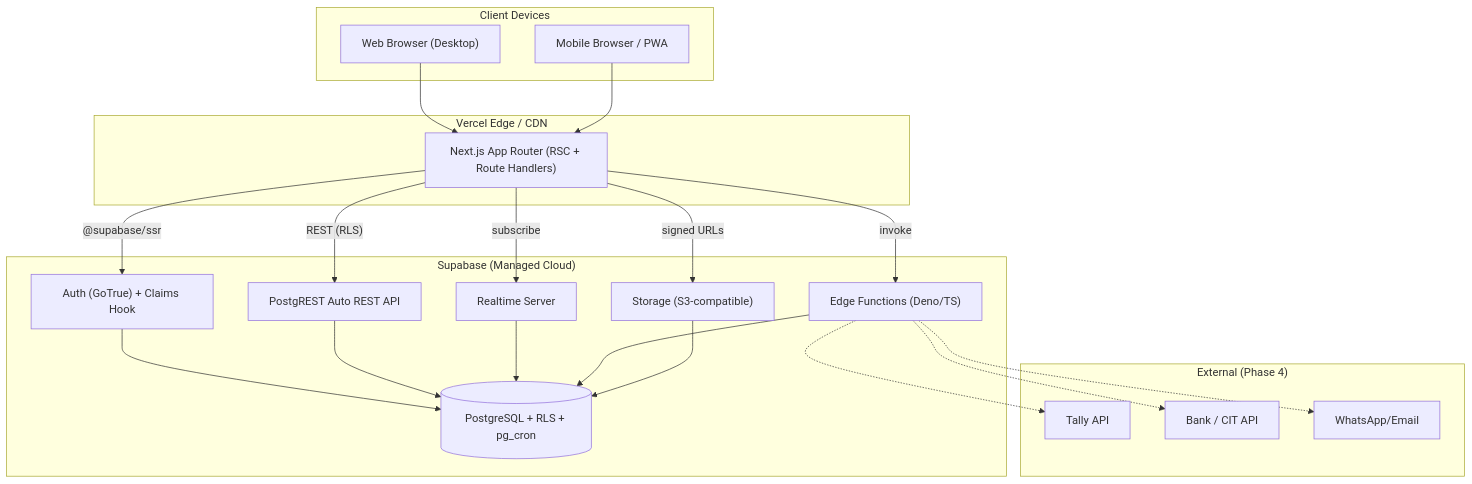
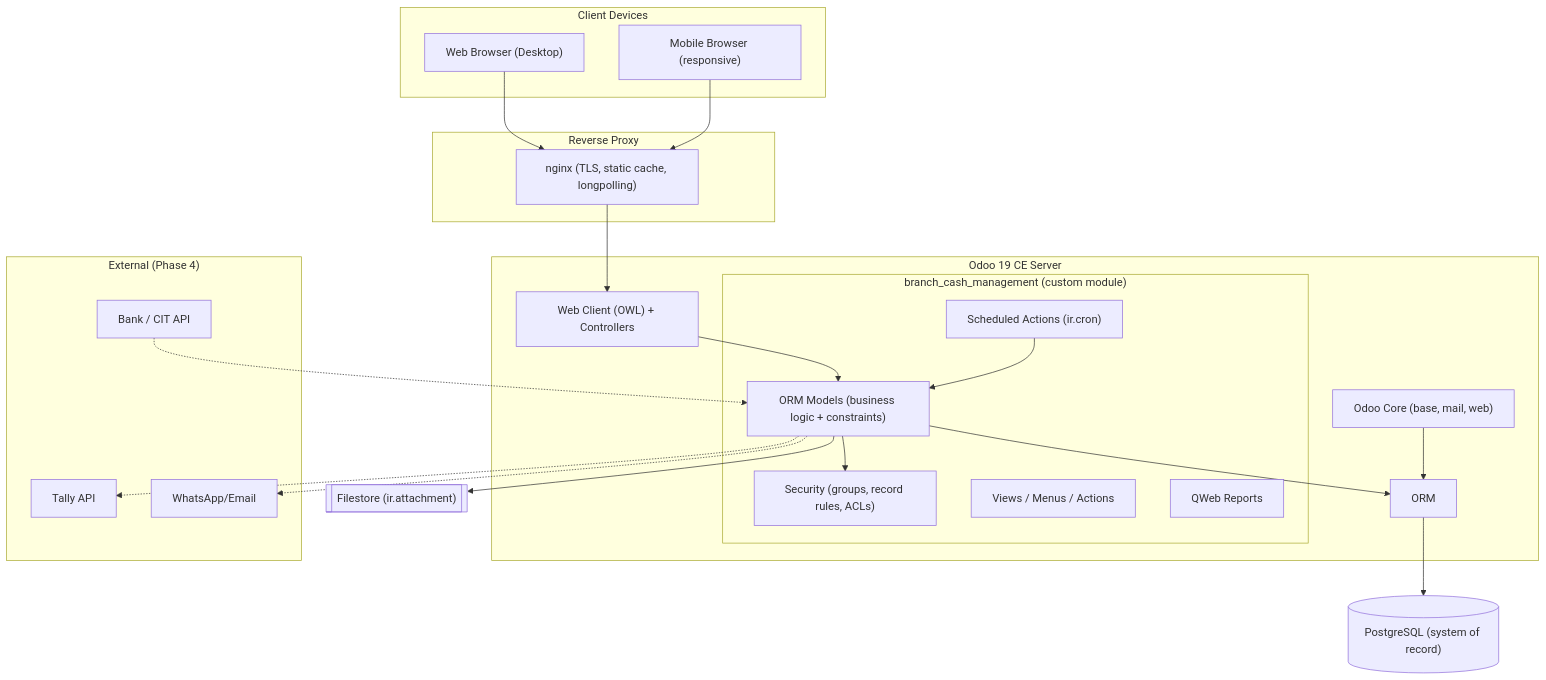
One commit to arunideen/branch-cash-management-system-odoo changed the diagram in docs/diagrams/system-architecture.md. Above: the diagram before and after it, drawn with Mermaid. The commit also changed 53 other files, not shown here.

````diff
--- a/docs/diagrams/system-architecture.md
+++ b/docs/diagrams/system-architecture.md
@@ -5,38 +5,42 @@
 ```mermaid
 graph TB
     subgraph Clients["Client Devices"]
         Web["Web Browser (Desktop)"]
-        Mobile["Mobile Browser / PWA"]
+        Mobile["Mobile Browser (responsive)"]
     end
-    subgraph Edge["Vercel Edge / CDN"]
-        Next["Next.js App Router (RSC + Route Handlers)"]
+    subgraph Edge["Reverse Proxy"]
+        NGINX["nginx (TLS, static cache, longpolling)"]
     end
-    subgraph Supabase["Supabase (Managed Cloud)"]
-        Auth["Auth (GoTrue) + Claims Hook"]
-        REST["PostgREST Auto REST API"]
-        RT["Realtime Server"]
-        EF["Edge Functions (Deno/TS)"]
-        ST["Storage (S3-compatible)"]
-        PG[("PostgreSQL + RLS + pg_cron")]
+    subgraph Server["Odoo 19 CE Server"]
+        WEB["Web Client (OWL) + Controllers"]
+        subgraph MOD["branch_cash_management (custom module)"]
+            MODELS["ORM Models (business logic + constraints)"]
+            SEC["Security (groups, record rules, ACLs)"]
+            VIEWS["Views / Menus / Actions"]
+            REPORT["QWeb Reports"]
+            CRON["Scheduled Actions (ir.cron)"]
+        end
+        CORE["Odoo Core (base, mail, web)"]
+        ORM["ORM"]
     end
+    PG[("PostgreSQL (system of record)")]
+    FS[["Filestore (ir.attachment)"]]
     subgraph External["External (Phase 4)"]
         Tally["Tally API"]
         BankAPI["Bank / CIT API"]
         Notify["WhatsApp/Email"]
     end
-    Web --> Next
-    Mobile --> Next
-    Next -->|"@supabase/ssr"| Auth
-    Next -->|"REST (RLS)"| REST
-    Next -->|"subscribe"| RT
-    Next -->|"invoke"| EF
-    Next -->|"signed URLs"| ST
-    Auth --> PG
-    REST --> PG
-    RT --> PG
-    EF --> PG
-    EF -.-> Tally
-    EF -.-> BankAPI
-    EF -.-> Notify
-    ST --> PG
+    Web --> NGINX
+    Mobile --> NGINX
+    NGINX --> WEB
+    WEB --> MODELS
+    MODELS --> SEC
+    MODELS --> ORM
+    CORE --> ORM
+    ORM --> PG
+    MODELS --> FS
+    CRON --> MODELS
+    MODELS -.-> Tally
+    BankAPI -.-> MODELS
+    MODELS -.-> Notify
 ```
````
